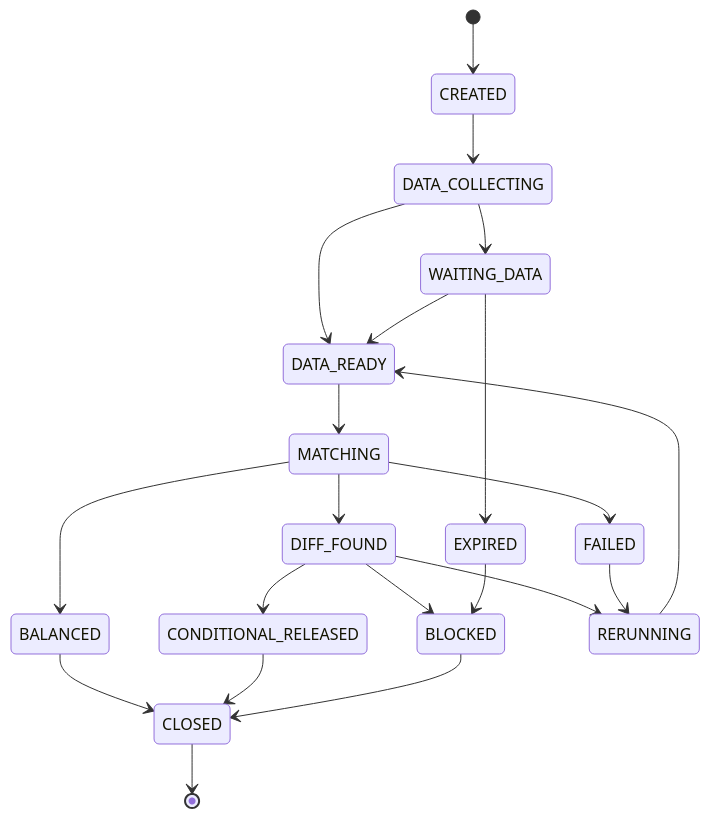
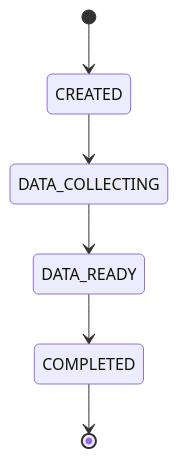
One commit to fengwuxp/wind-funds changed the sixth of 17 diagrams in docs/系分设计/03-清结算与对账系分设计.md. Above: the diagram before and after it, drawn with Mermaid. The commit also changed other lines of this file and 40 other files, not shown here.

````diff
--- a/docs/系分设计/03-清结算与对账系分设计.md
+++ b/docs/系分设计/03-清结算与对账系分设计.md
@@ -442,23 +446,8 @@
 ```mermaid
 stateDiagram
     [*] --> CREATED
     CREATED --> DATA_COLLECTING
     DATA_COLLECTING --> DATA_READY
-    DATA_COLLECTING --> WAITING_DATA
-    WAITING_DATA --> DATA_READY
-    WAITING_DATA --> EXPIRED
-    DATA_READY --> MATCHING
-    MATCHING --> BALANCED
-    MATCHING --> DIFF_FOUND
-    MATCHING --> FAILED
-    DIFF_FOUND --> BLOCKED
-    DIFF_FOUND --> CONDITIONAL_RELEASED
-    DIFF_FOUND --> RERUNNING
-    FAILED --> RERUNNING
-    EXPIRED --> BLOCKED
-    RERUNNING --> DATA_READY
-    BALANCED --> CLOSED
-    CONDITIONAL_RELEASED --> CLOSED
-    BLOCKED --> CLOSED
-    CLOSED --> [*]
+    DATA_READY --> COMPLETED
+    COMPLETED --> [*]
 ```
````
